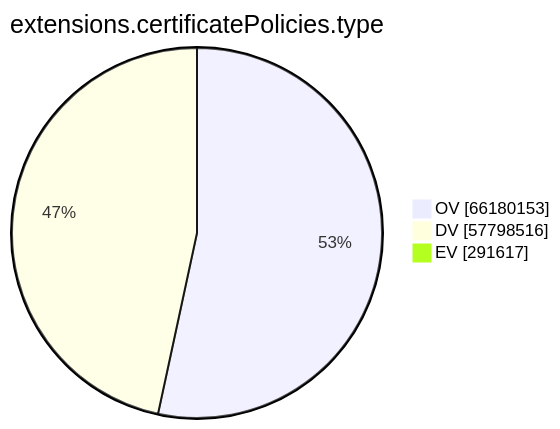
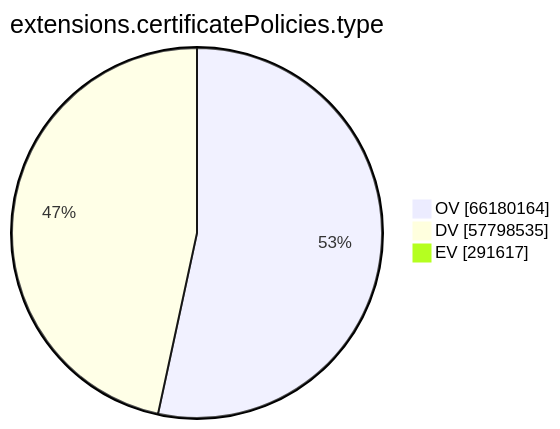
One commit to christiankrug/ctmonitor_visualization changed the ninth of 15 diagrams in xenon2023/README.md. Above: the diagram before and after it, drawn with Mermaid. The commit also changed other lines of this file, not shown here.

````diff
--- a/xenon2023/README.md
+++ b/xenon2023/README.md
@@ -2171,7 +2171,7 @@
 ```mermaid
 pie showData
 title extensions.certificatePolicies.type
-"OV" :66180153
-"DV" :57798516
+"OV" :66180164
+"DV" :57798535
 "EV" :291617
 ```
````
